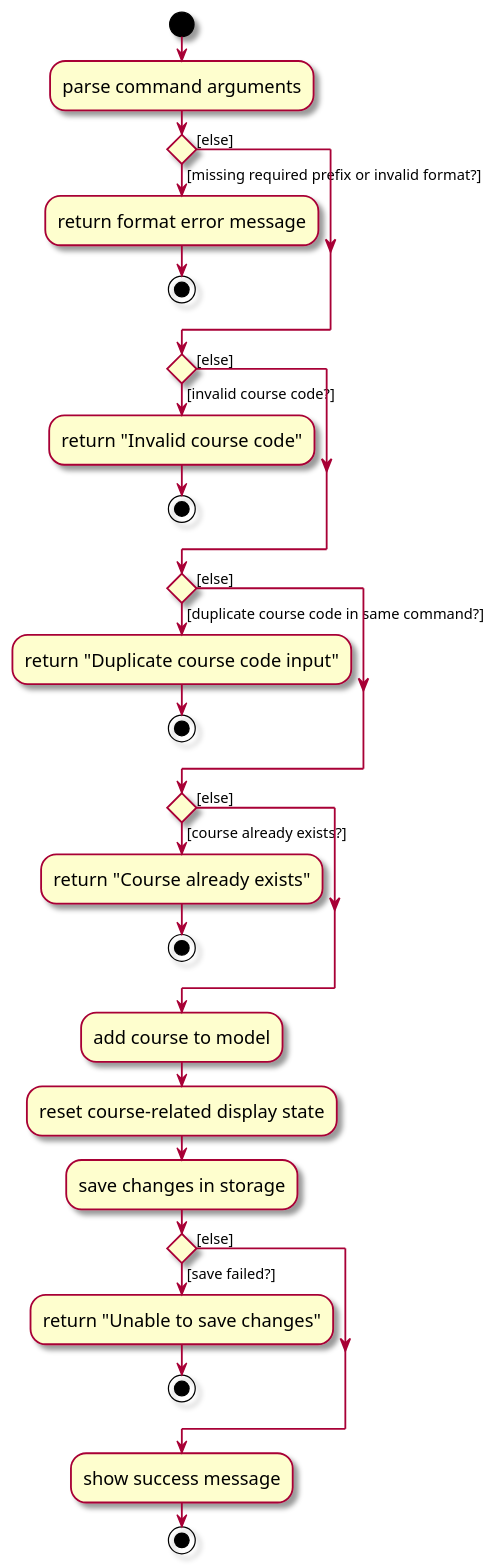
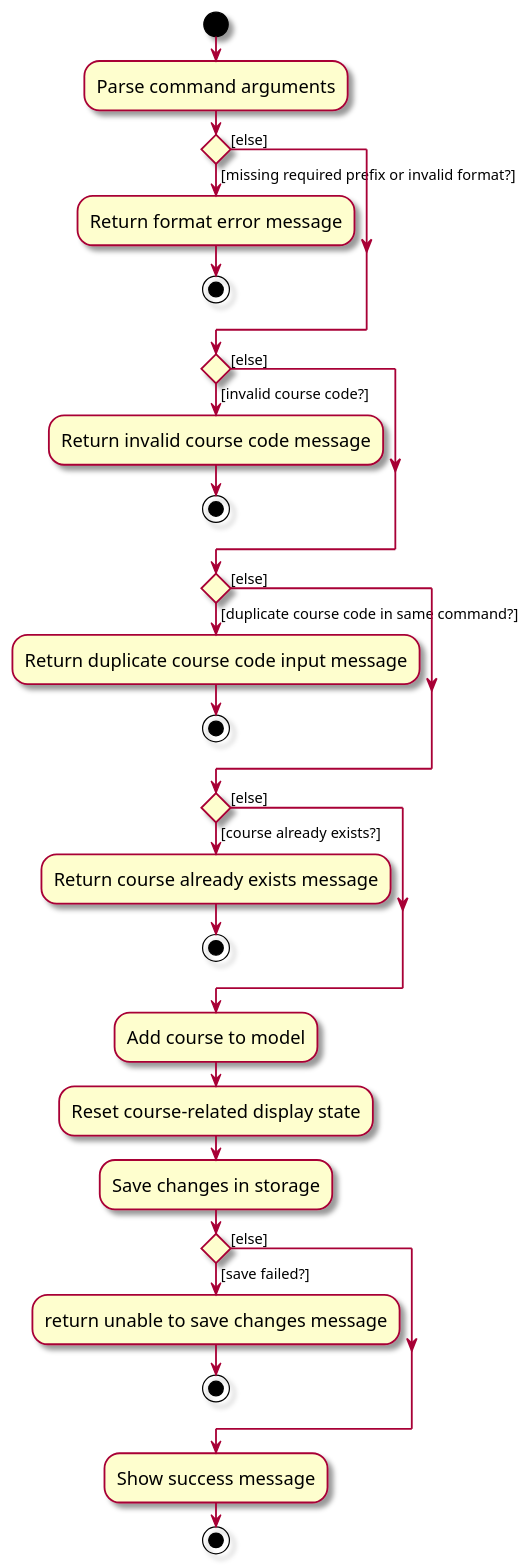
One commit to NYHBenedict/tp changed the diagram in docs/diagrams/AddCourseActivityDiagram.puml. Above: the diagram before and after it, drawn with PlantUML. The commit also changed 1 other file, not shown here.

Commit message:
Update addcourse activity diagram

```diff
--- a/docs/diagrams/AddCourseActivityDiagram.puml
+++ b/docs/diagrams/AddCourseActivityDiagram.puml
@@ -1,48 +1,48 @@
 @startuml
 skin rose
 skinparam ActivityFontSize 15
 skinparam ArrowFontSize 12
 
 'Since the beta syntax does not support placing the condition outside the
 'diamond we place it as the true branch instead.
 
 start
-:parse command arguments;
+:Parse command arguments;
 
 if () then ([missing required prefix or invalid format?])
-    :return format error message;
+    :Return format error message;
     stop
 else ([else])
 endif
 
 if () then ([invalid course code?])
-    :return "Invalid course code";
+    :Return invalid course code message;
     stop
 else ([else])
 endif
 
 if () then ([duplicate course code in same command?])
-    :return "Duplicate course code input";
+    :Return duplicate course code input message;
     stop
 else ([else])
 endif
 
 if () then ([course already exists?])
-    :return "Course already exists";
+    :Return course already exists message;
     stop
 else ([else])
 endif
 
-:add course to model;
-:reset course-related display state;
-:save changes in storage;
+:Add course to model;
+:Reset course-related display state;
+:Save changes in storage;
 
 if () then ([save failed?])
-    :return "Unable to save changes";
+    :return unable to save changes message;
     stop
 else ([else])
 endif
 
-:show success message;
+:Show success message;
 stop
 @enduml
```
